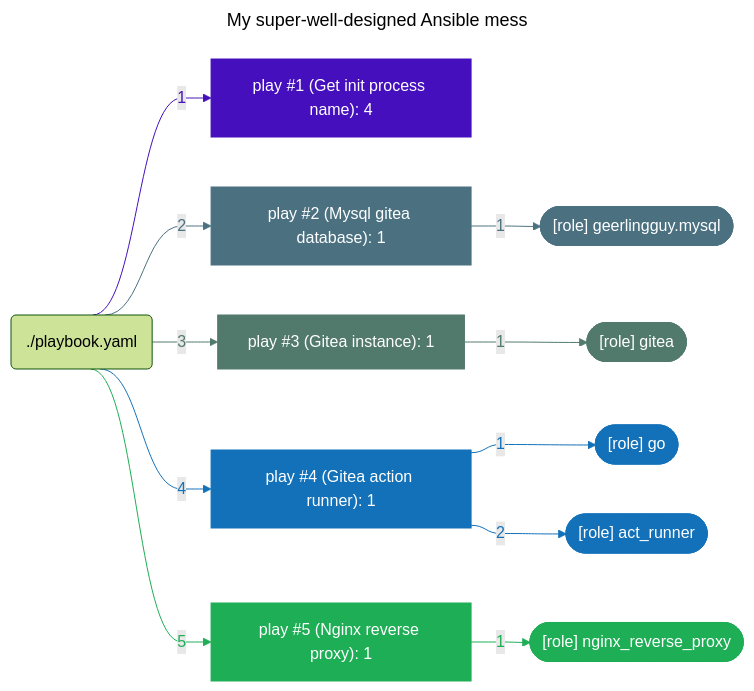
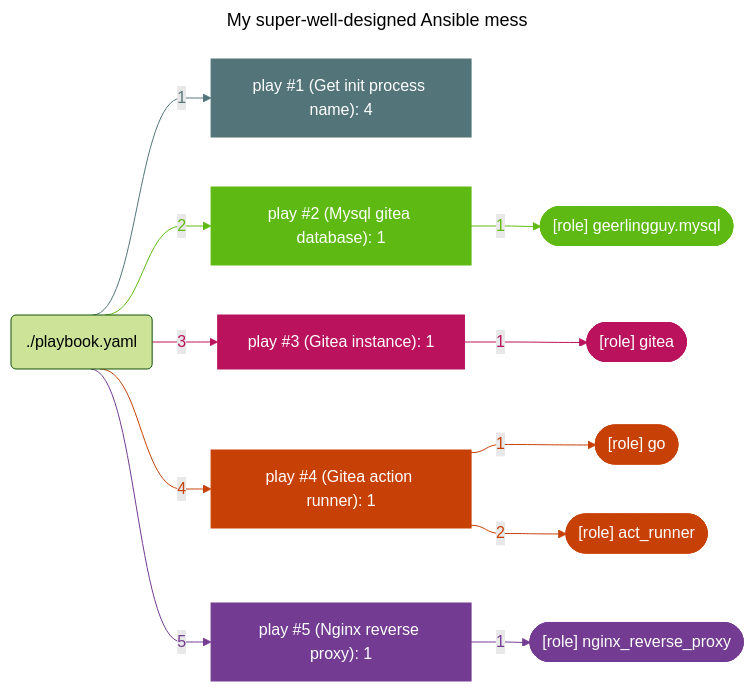
The third of 3 diagrams in README.md (boyreau/boyreau), drawn with Mermaid (forest theme) before and after one commit.

Commit message:
profile graph automatic update

````diff
--- a/README.md
+++ b/README.md
@@ -95,71 +95,71 @@
 ```mermaid
 ---
 title: "My super-well-designed Ansible mess"
 ---
 %%{ init: { "flowchart": { "curve": "bumpX" } } }%%
 flowchart LR
 	%% Start of the playbook './playbook.yaml'
-	playbook_1f1583a3("./playbook.yaml")
+	playbook_f6b427fa("./playbook.yaml")
 		%% Start of the play 'play #1 (Get init process name): 4'
-		play_66935978["play #1 (Get init process name): 4"]
-		style play_66935978 stroke:#450fbd,fill:#450fbd,color:#ffffff
-		playbook_1f1583a3 --> |"1"| play_66935978
-		linkStyle 0 stroke:#450fbd,color:#450fbd
+		play_7dc417cd["play #1 (Get init process name): 4"]
+		style play_7dc417cd stroke:#537579,fill:#537579,color:#ffffff
+		playbook_f6b427fa --> |"1"| play_7dc417cd
+		linkStyle 0 stroke:#537579,color:#537579
 		%% End of the play 'play #1 (Get init process name): 4'
 		%% Start of the play 'play #2 (Mysql gitea database): 1'
-		play_a13ce724["play #2 (Mysql gitea database): 1"]
-		style play_a13ce724 stroke:#4b7181,fill:#4b7181,color:#ffffff
-		playbook_1f1583a3 --> |"2"| play_a13ce724
-		linkStyle 1 stroke:#4b7181,color:#4b7181
+		play_94553fb6["play #2 (Mysql gitea database): 1"]
+		style play_94553fb6 stroke:#5eba12,fill:#5eba12,color:#ffffff
+		playbook_f6b427fa --> |"2"| play_94553fb6
+		linkStyle 1 stroke:#5eba12,color:#5eba12
 			%% Start of the role '[role] geerlingguy.mysql'
-			play_a13ce724 --> |"1 "| role_321ea4e3
-			linkStyle 2 stroke:#4b7181,color:#4b7181
-			role_321ea4e3(["[role] geerlingguy.mysql"])
-			style role_321ea4e3 fill:#4b7181,color:#ffffff,stroke:#4b7181
+			play_94553fb6 --> |"1 "| role_f4800506
+			linkStyle 2 stroke:#5eba12,color:#5eba12
+			role_f4800506(["[role] geerlingguy.mysql"])
+			style role_f4800506 fill:#5eba12,color:#ffffff,stroke:#5eba12
 			%% End of the role '[role] geerlingguy.mysql'
 		%% End of the play 'play #2 (Mysql gitea database): 1'
 		%% Start of the play 'play #3 (Gitea instance): 1'
-		play_c54bb46f["play #3 (Gitea instance): 1"]
-		style play_c54bb46f stroke:#527a6c,fill:#527a6c,color:#ffffff
-		playbook_1f1583a3 --> |"3"| play_c54bb46f
-		linkStyle 3 stroke:#527a6c,color:#527a6c
+		play_41bc4592["play #3 (Gitea instance): 1"]
+		style play_41bc4592 stroke:#ba125c,fill:#ba125c,color:#ffffff
+		playbook_f6b427fa --> |"3"| play_41bc4592
+		linkStyle 3 stroke:#ba125c,color:#ba125c
 			%% Start of the role '[role] gitea'
-			play_c54bb46f --> |"1 "| role_d57423ee
-			linkStyle 4 stroke:#527a6c,color:#527a6c
-			role_d57423ee(["[role] gitea"])
-			style role_d57423ee fill:#527a6c,color:#ffffff,stroke:#527a6c
+			play_41bc4592 --> |"1 "| role_783e986b
+			linkStyle 4 stroke:#ba125c,color:#ba125c
+			role_783e986b(["[role] gitea"])
+			style role_783e986b fill:#ba125c,color:#ffffff,stroke:#ba125c
 			%% End of the role '[role] gitea'
 		%% End of the play 'play #3 (Gitea instance): 1'
 		%% Start of the play 'play #4 (Gitea action runner): 1'
-		play_68d90d59["play #4 (Gitea action runner): 1"]
-		style play_68d90d59 stroke:#1371b9,fill:#1371b9,color:#ffffff
-		playbook_1f1583a3 --> |"4"| play_68d90d59
-		linkStyle 5 stroke:#1371b9,color:#1371b9
+		play_c3152f15["play #4 (Gitea action runner): 1"]
+		style play_c3152f15 stroke:#c74005,fill:#c74005,color:#ffffff
+		playbook_f6b427fa --> |"4"| play_c3152f15
+		linkStyle 5 stroke:#c74005,color:#c74005
 			%% Start of the role '[role] go'
-			play_68d90d59 --> |"1 "| role_ed0afad2
-			linkStyle 6 stroke:#1371b9,color:#1371b9
-			role_ed0afad2(["[role] go"])
-			style role_ed0afad2 fill:#1371b9,color:#ffffff,stroke:#1371b9
+			play_c3152f15 --> |"1 "| role_1b2fc5c3
+			linkStyle 6 stroke:#c74005,color:#c74005
+			role_1b2fc5c3(["[role] go"])
+			style role_1b2fc5c3 fill:#c74005,color:#ffffff,stroke:#c74005
 			%% End of the role '[role] go'
 			%% Start of the role '[role] act_runner'
-			play_68d90d59 --> |"2 "| role_3d26f975
-			linkStyle 7 stroke:#1371b9,color:#1371b9
-			role_3d26f975(["[role] act_runner"])
-			style role_3d26f975 fill:#1371b9,color:#ffffff,stroke:#1371b9
+			play_c3152f15 --> |"2 "| role_c27ca879
+			linkStyle 7 stroke:#c74005,color:#c74005
+			role_c27ca879(["[role] act_runner"])
+			style role_c27ca879 fill:#c74005,color:#ffffff,stroke:#c74005
 			%% End of the role '[role] act_runner'
 		%% End of the play 'play #4 (Gitea action runner): 1'
 		%% Start of the play 'play #5 (Nginx reverse proxy): 1'
-		play_ed8e7ff6["play #5 (Nginx reverse proxy): 1"]
-		style play_ed8e7ff6 stroke:#1eae55,fill:#1eae55,color:#ffffff
-		playbook_1f1583a3 --> |"5"| play_ed8e7ff6
-		linkStyle 8 stroke:#1eae55,color:#1eae55
+		play_d02f0c32["play #5 (Nginx reverse proxy): 1"]
+		style play_d02f0c32 stroke:#733b91,fill:#733b91,color:#ffffff
+		playbook_f6b427fa --> |"5"| play_d02f0c32
+		linkStyle 8 stroke:#733b91,color:#733b91
 			%% Start of the role '[role] nginx_reverse_proxy'
-			play_ed8e7ff6 --> |"1 "| role_0e60a90c
-			linkStyle 9 stroke:#1eae55,color:#1eae55
-			role_0e60a90c(["[role] nginx_reverse_proxy"])
-			style role_0e60a90c fill:#1eae55,color:#ffffff,stroke:#1eae55
+			play_d02f0c32 --> |"1 "| role_3e82cb64
+			linkStyle 9 stroke:#733b91,color:#733b91
+			role_3e82cb64(["[role] nginx_reverse_proxy"])
+			style role_3e82cb64 fill:#733b91,color:#ffffff,stroke:#733b91
 			%% End of the role '[role] nginx_reverse_proxy'
 		%% End of the play 'play #5 (Nginx reverse proxy): 1'
 	%% End of the playbook './playbook.yaml'
 
 ```
````
